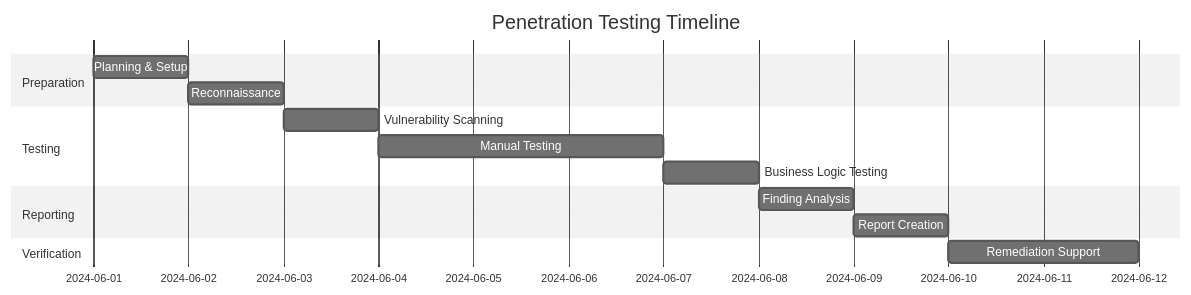
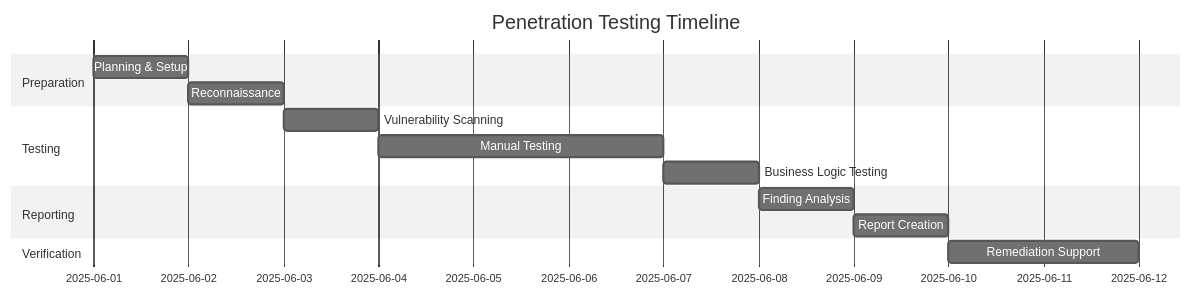
Before and after one commit to nochadisfaction/pixel: the diagram in .notes/ai-penetration-testing-plan.md, drawn with Mermaid (neutral theme). The commit also changed other lines of this file, not shown here.

````diff
--- a/.notes/ai-penetration-testing-plan.md
+++ b/.notes/ai-penetration-testing-plan.md
@@ -147,17 +147,17 @@
 ```mermaid
 gantt
     title Penetration Testing Timeline
     dateFormat YYYY-MM-DD
     section Preparation
-    Planning & Setup          :a1, 2024-06-01, 1d
-    Reconnaissance            :a2, 2024-06-02, 1d
+    Planning & Setup          :a1, 2025-06-01, 1d
+    Reconnaissance            :a2, 2025-06-02, 1d
     section Testing
-    Vulnerability Scanning    :b1, 2024-06-03, 1d
-    Manual Testing            :b2, 2024-06-04, 3d
-    Business Logic Testing    :b3, 2024-06-07, 1d
+    Vulnerability Scanning    :b1, 2025-06-03, 1d
+    Manual Testing            :b2, 2025-06-04, 3d
+    Business Logic Testing    :b3, 2025-06-07, 1d
     section Reporting
-    Finding Analysis          :c1, 2024-06-08, 1d
-    Report Creation           :c2, 2024-06-09, 1d
+    Finding Analysis          :c1, 2025-06-08, 1d
+    Report Creation           :c2, 2025-06-09, 1d
     section Verification
-    Remediation Support       :d1, 2024-06-10, 2d
+    Remediation Support       :d1, 2025-06-10, 2d
 ```
````
